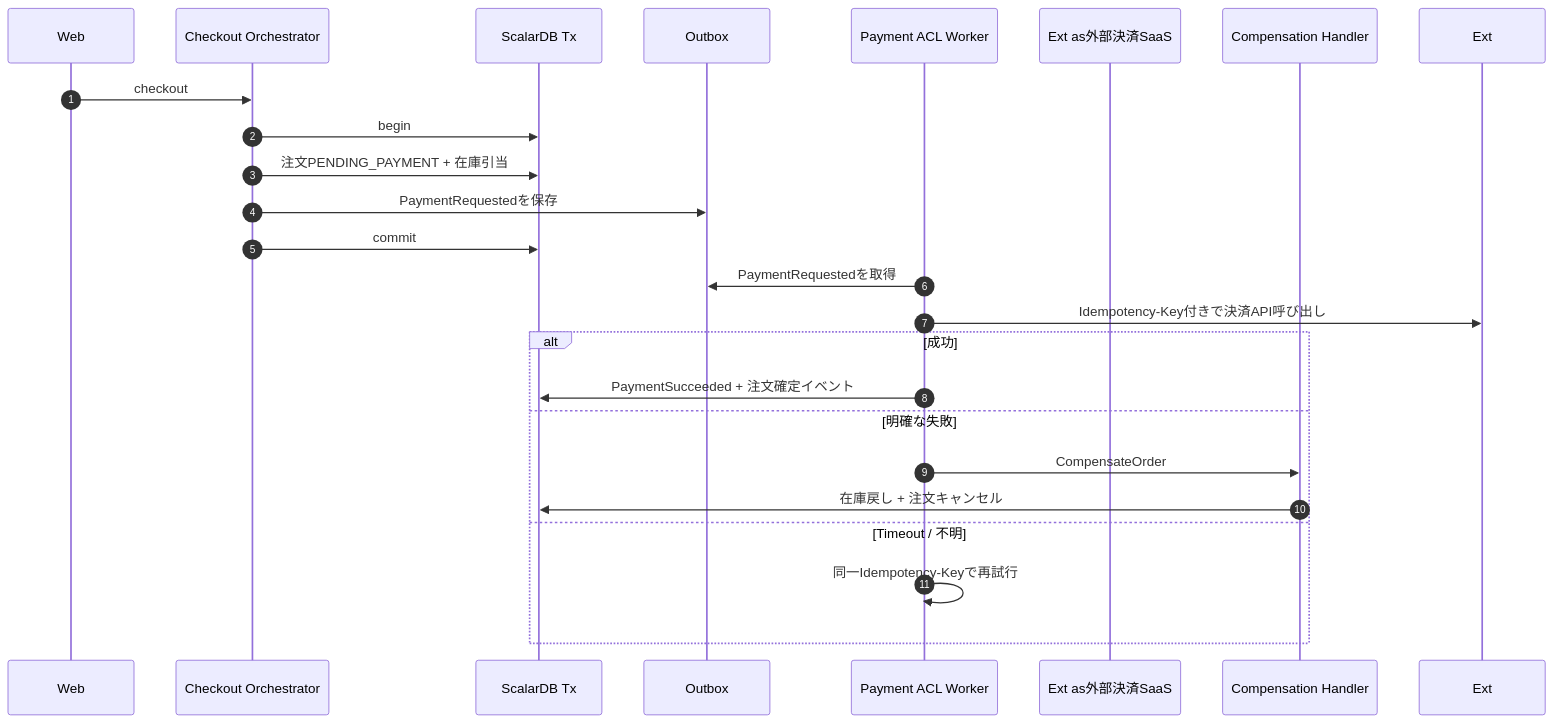
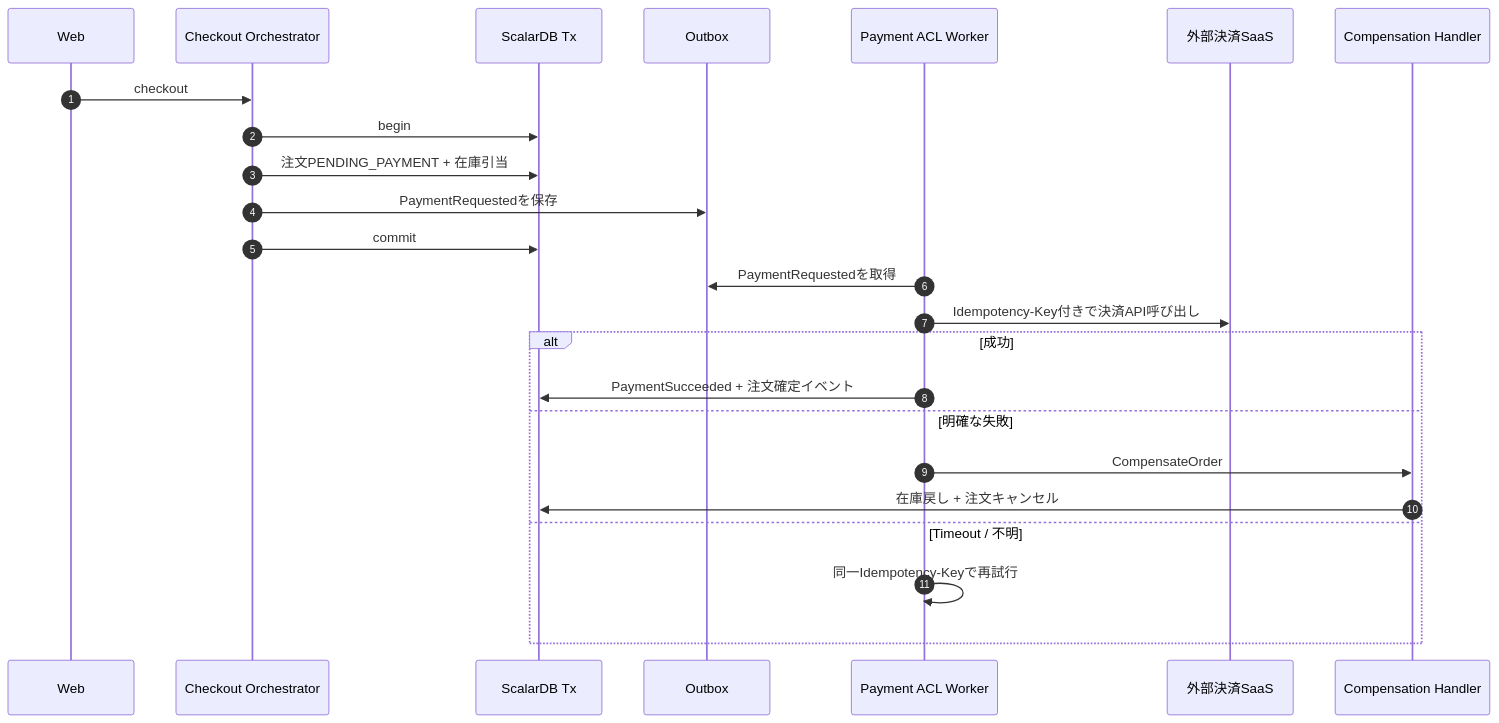
Before and after one commit to p-t-a-p-1/zenn-connect: the third of 4 diagrams in articles/nexus-architect-scalardb-04.md, drawn with Mermaid. The commit also changed other lines of this file, not shown here.

Commit message:
NexusArchitect 第四回目の記事のAIレビュー対応

````diff
--- a/articles/nexus-architect-scalardb-04.md
+++ b/articles/nexus-architect-scalardb-04.md
@@ -578,27 +578,27 @@
 ```mermaid
 sequenceDiagram
     autonumber
     participant Web as Web
     participant CO as Checkout Orchestrator
     participant SDB as ScalarDB Tx
     participant OB as Outbox
     participant Worker as Payment ACL Worker
-    participant Ext as外部決済SaaS
+    participant Ext as 外部決済SaaS
     participant CH as Compensation Handler
 
     Web->>CO: checkout
     CO->>SDB: begin
     CO->>SDB:注文PENDING_PAYMENT + 在庫引当
     CO->>OB: PaymentRequestedを保存
     CO->>SDB: commit
     Worker->>OB: PaymentRequestedを取得
     Worker->>Ext: Idempotency-Key付きで決済API呼び出し
     alt成功
         Worker->>SDB: PaymentSucceeded + 注文確定イベント
     else明確な失敗
         Worker->>CH: CompensateOrder
         CH->>SDB:在庫戻し + 注文キャンセル
     else Timeout / 不明
         Worker->>Worker:同一Idempotency-Keyで再試行
     end
 ```
````
